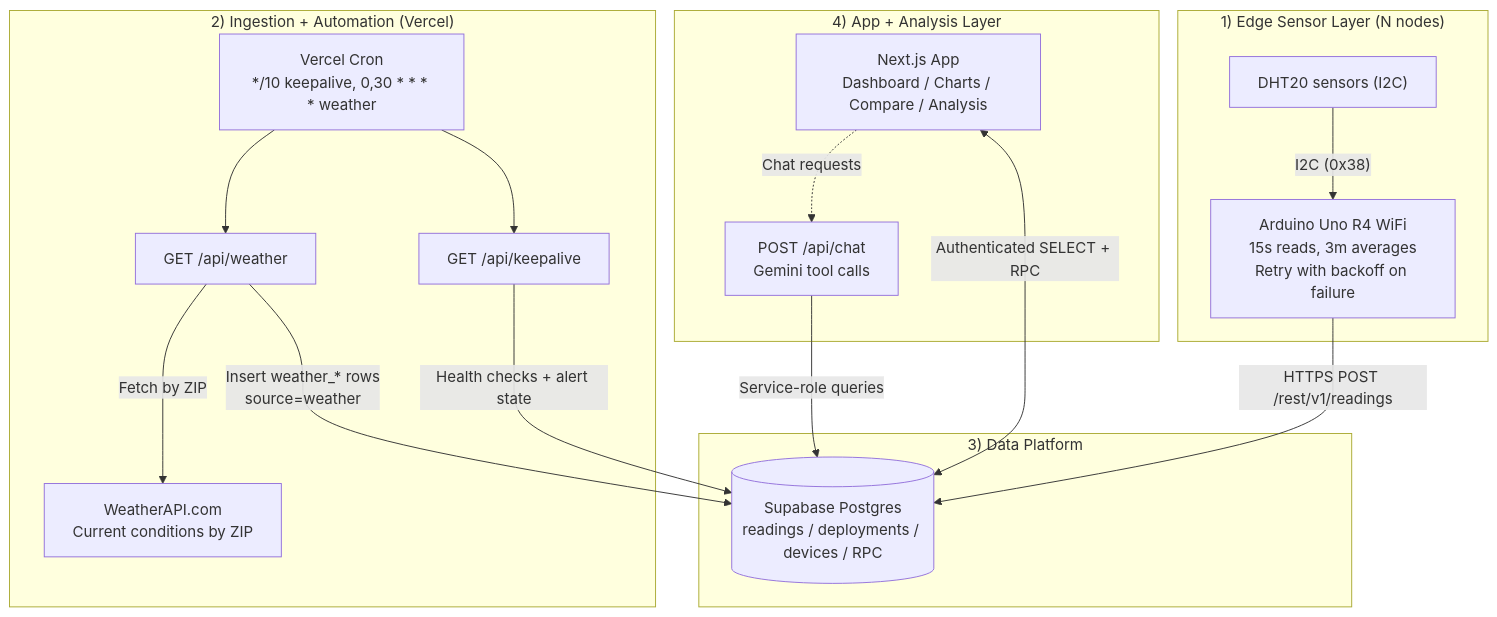
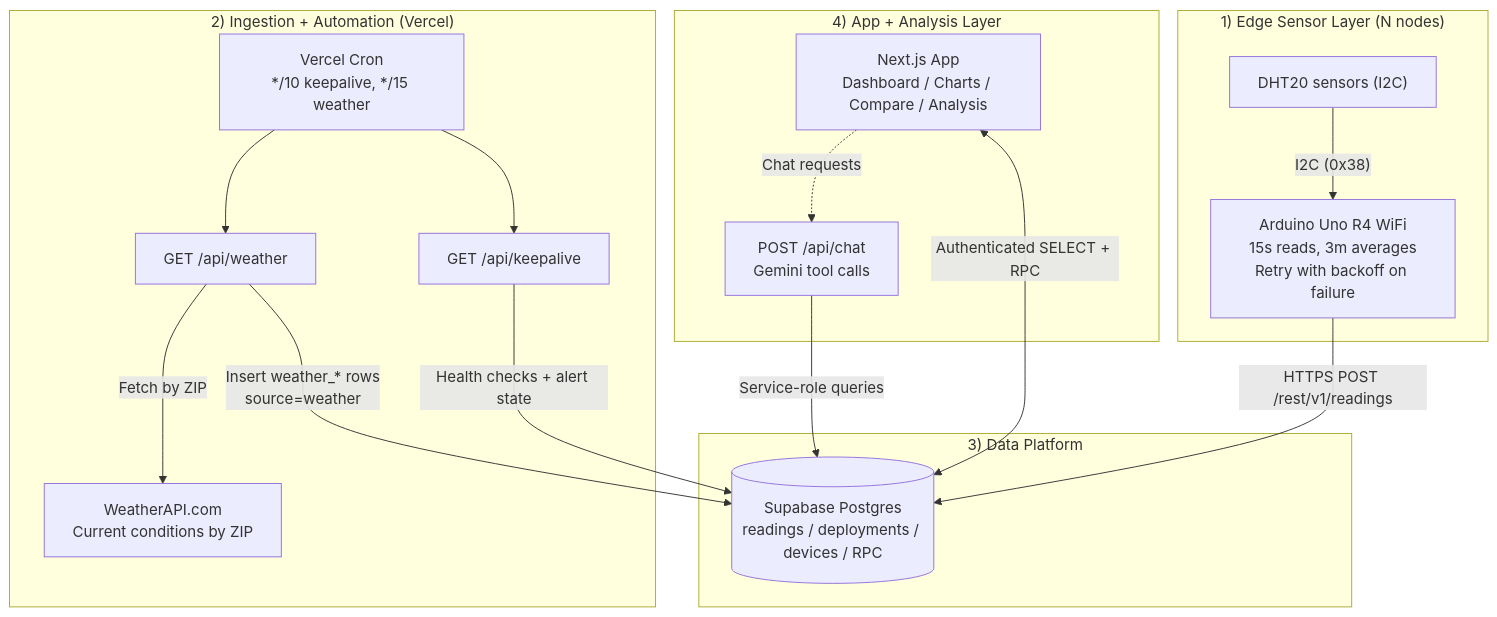
Before and after one commit to nikholasnova/TH-Dashboard: the diagram in README.md, drawn with Mermaid. The commit also changed other lines of this file and 8 other files, not shown here.

````diff
--- a/README.md
+++ b/README.md
@@ -9,34 +9,34 @@
 ```mermaid
 flowchart TB
   subgraph edge["1) Edge Sensor Layer (N nodes)"]
     dht["DHT20 sensors (I2C)"]
     nodes["Arduino Uno R4 WiFi<br/>15s reads, 3m averages<br/>Retry with backoff on failure"]
     dht -->|"I2C (0x38)"| nodes
   end
 
   subgraph ingest["2) Ingestion + Automation (Vercel)"]
-    cron["Vercel Cron<br/>*/10 keepalive, 0,30 * * * * weather"]
+    cron["Vercel Cron<br/>*/10 keepalive, */15 weather"]
     keepalive["GET /api/keepalive"]
     weatherRoute["GET /api/weather"]
     wx["WeatherAPI.com<br/>Current conditions by ZIP"]
     cron --> keepalive
     cron --> weatherRoute
     weatherRoute -->|"Fetch by ZIP"| wx
   end
 
   subgraph data["3) Data Platform"]
     db[("Supabase Postgres<br/>readings / deployments / devices / RPC")]
   end
 
   subgraph app["4) App + Analysis Layer"]
     ui["Next.js App<br/>Dashboard / Charts / Compare / Analysis"]
     chat["POST /api/chat<br/>Gemini tool calls"]
   end
 
   nodes -->|"HTTPS POST /rest/v1/readings"| db
   keepalive -->|"Health checks + alert state"| db
   weatherRoute -->|"Insert weather_* rows<br/>source=weather"| db
   ui <-->|"Authenticated SELECT + RPC"| db
   chat -->|"Service-role queries"| db
   ui -. "Chat requests" .-> chat
 ```
````
